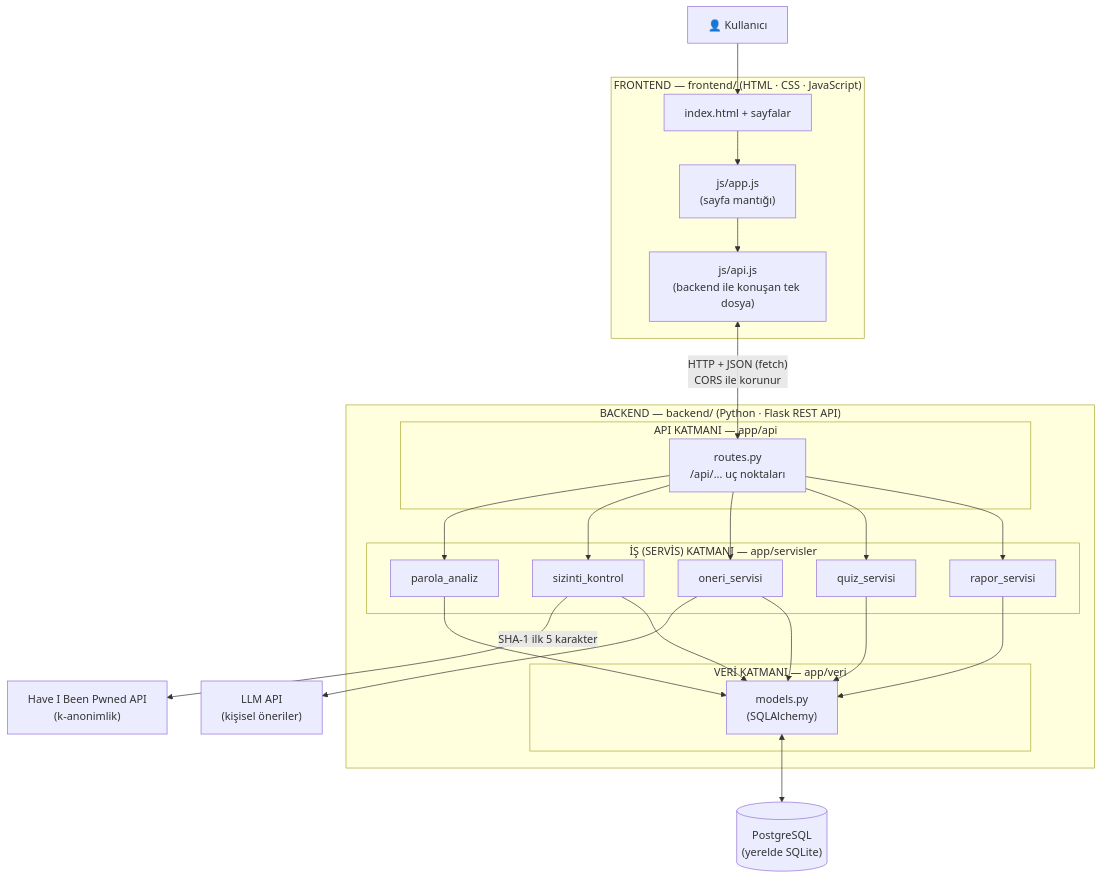
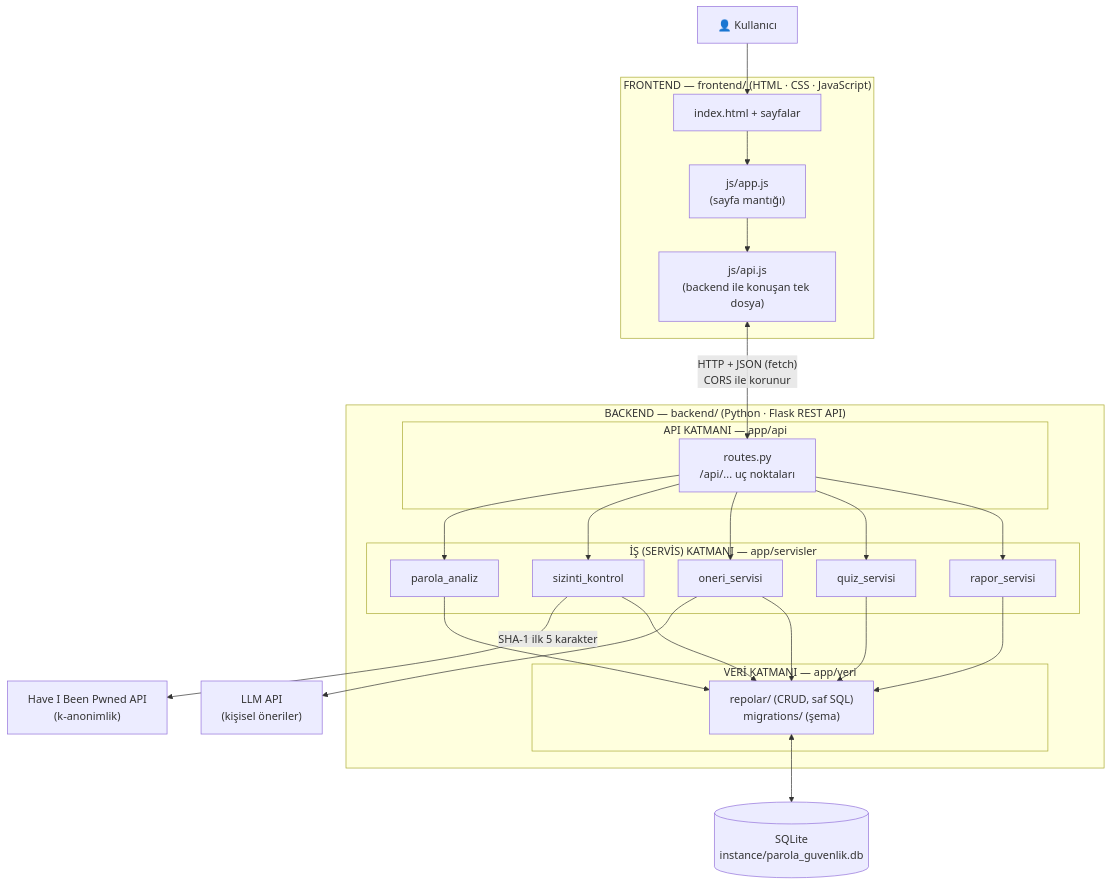
One commit to nehir-atilgan/parola-guvenlik changed the diagram in docs/mimari.md. Above: the diagram before and after it, drawn with Mermaid. The commit also changed other lines of this file and 25 other files, not shown here.

````diff
--- a/docs/mimari.md
+++ b/docs/mimari.md
@@ -8,39 +8,39 @@
 ```mermaid
 flowchart TB
     K["👤 Kullanıcı"]
 
     subgraph F["FRONTEND — frontend/  (HTML · CSS · JavaScript)"]
         HTML["index.html + sayfalar"]
         JS["js/app.js<br/>(sayfa mantığı)"]
         APIJS["js/api.js<br/>(backend ile konuşan tek dosya)"]
     end
 
     subgraph B["BACKEND — backend/  (Python · Flask REST API)"]
         subgraph A["API KATMANI — app/api"]
             R["routes.py<br/>/api/... uç noktaları"]
         end
         subgraph I["İŞ (SERVİS) KATMANI — app/servisler"]
             PA["parola_analiz"]
             SK["sizinti_kontrol"]
             OS["oneri_servisi"]
             QS["quiz_servisi"]
             RS["rapor_servisi"]
         end
         subgraph V["VERİ KATMANI — app/veri"]
-            M["models.py<br/>(SQLAlchemy)"]
+            M["repolar/ (CRUD, saf SQL)<br/>migrations/ (şema)"]
         end
     end
 
-    DB[("PostgreSQL<br/>(yerelde SQLite)")]
+    DB[("SQLite<br/>instance/parola_guvenlik.db")]
     HIBP["Have I Been Pwned API<br/>(k-anonimlik)"]
     LLM["LLM API<br/>(kişisel öneriler)"]
 
     K --> HTML
     HTML --> JS --> APIJS
     APIJS <-->|"HTTP + JSON (fetch)<br/>CORS ile korunur"| R
     R --> PA & SK & OS & QS & RS
     SK -->|"SHA-1 ilk 5 karakter"| HIBP
     OS --> LLM
     PA & SK & OS & QS & RS --> M
     M <--> DB
 ```
````
